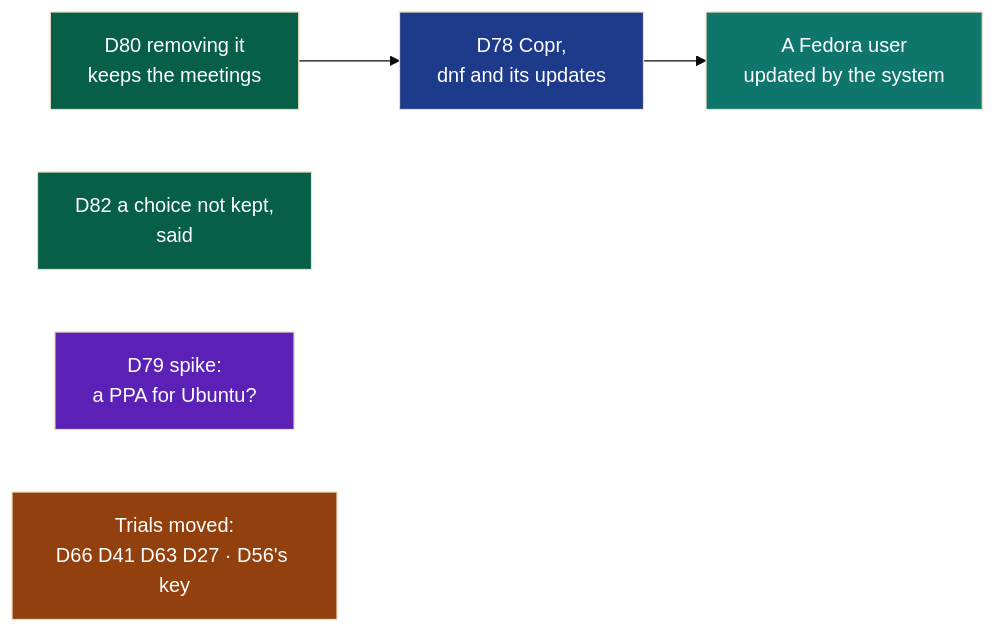
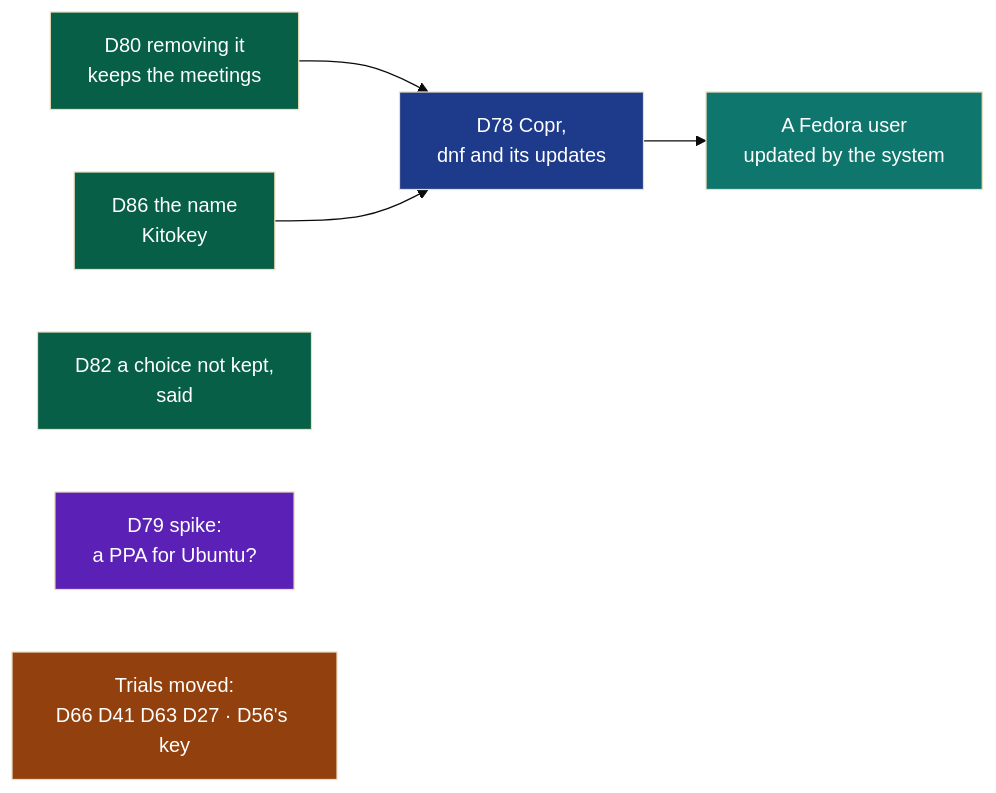
One commit to NapkinStack/kitokey changed the diagram in docs/project/cycles/07-wholeheard-from-the-systems-updater.md. Above: the diagram before and after it, drawn with Mermaid (base theme). The commit also changed other lines of this file and 1 other file, not shown here.

First line of the commit message:
Cycle 07: D86, Wholeheard becomes Kitokey, before D78 publishes

````diff
--- a/docs/project/cycles/07-wholeheard-from-the-systems-updater.md
+++ b/docs/project/cycles/07-wholeheard-from-the-systems-updater.md
@@ -102,13 +111,14 @@
 ```mermaid
 flowchart LR
     R["D80 removing it<br/>keeps the meetings"]:::own --> C["D78 Copr,<br/>dnf and its updates"]:::pub
+    N["D86 the name<br/>Kitokey"]:::own --> C
     M["D82 a choice not kept,<br/>said"]:::own
     P["D79 spike:<br/>a PPA for Ubuntu?"]:::spike
     T["Trials moved:<br/>D66 D41 D63 D27 · D56's key"]:::wait
     C --> U["A Fedora user<br/>updated by the system"]:::end7
     classDef own fill:#065f46,color:#fff
     classDef pub fill:#1e3a8a,color:#fff
     classDef spike fill:#5b21b6,color:#fff
     classDef wait fill:#92400e,color:#fff
     classDef end7 fill:#0f766e,color:#fff
 ```
````
